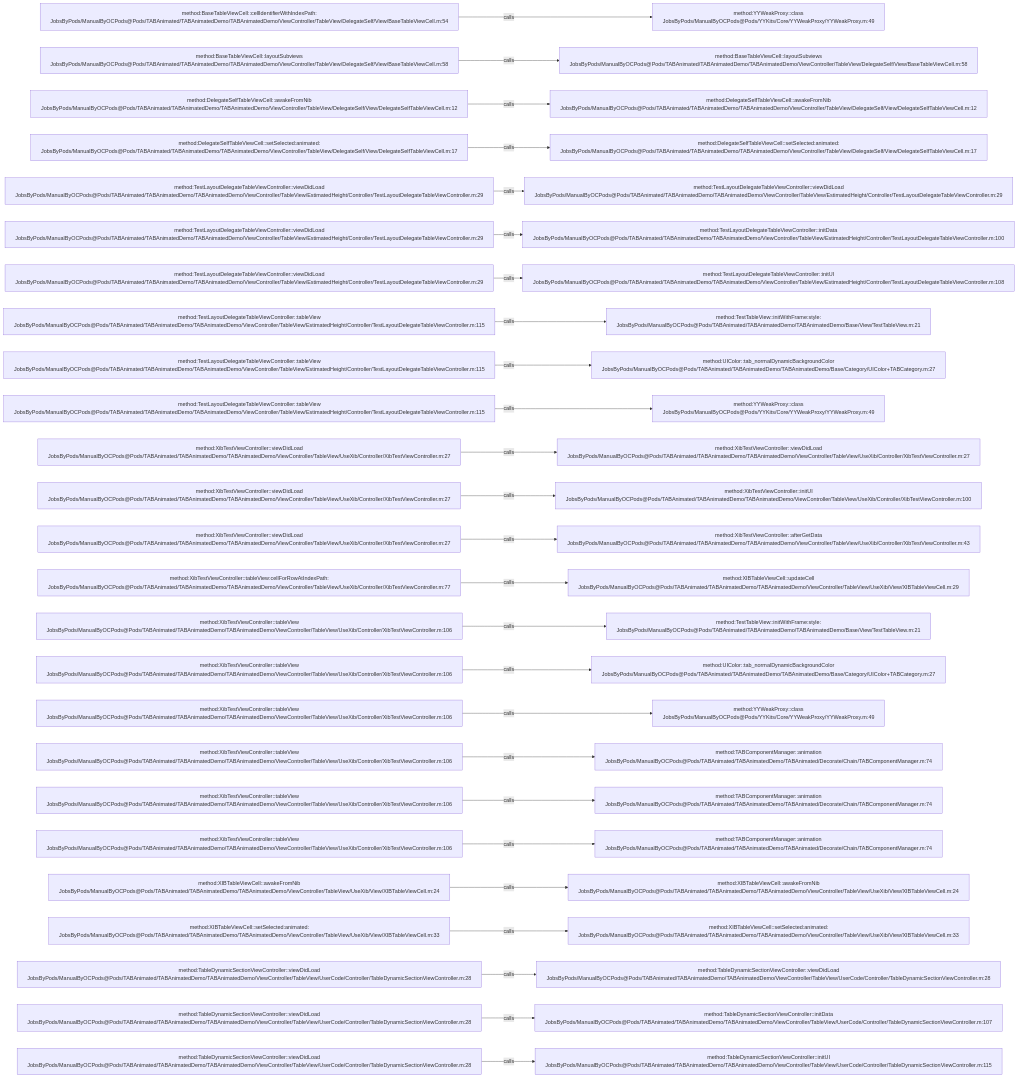
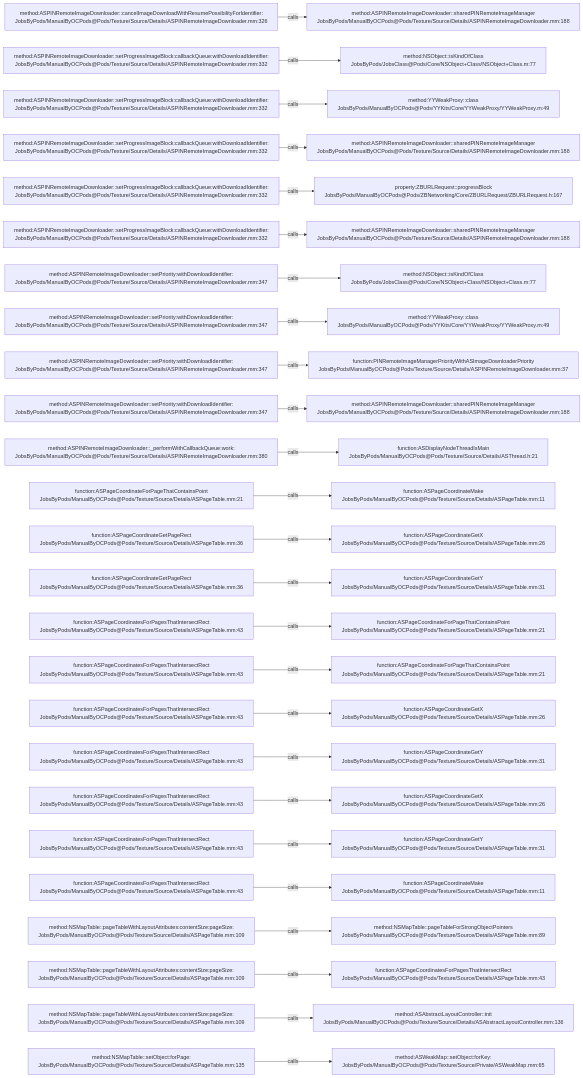
The diagram in .codegraph/codegraph.md/graphs/calls-170.md (JobsKits/JobsOCBaseConfigDemo), drawn with Mermaid before and after one commit. The commit also changed 2162 other files, not shown here.

````diff
--- a/.codegraph/codegraph.md/graphs/calls-170.md
+++ b/.codegraph/codegraph.md/graphs/calls-170.md
@@ -13,78 +13,78 @@
 ```mermaid
 flowchart LR
-  S1["method:BaseTableViewCell::cellIdentifierWithIndexPath:<br/>JobsByPods/ManualByOCPods@Pods/TABAnimated/TABAnimatedDemo/TABAnimatedDemo/ViewController/TableView/DelegateSelf/View/BaseTableViewCell.m:54"]
-  T1["method:YYWeakProxy::class<br/>JobsByPods/ManualByOCPods@Pods/YYKits/Core/YYWeakProxy/YYWeakProxy.m:49"]
+  S1["method:ASPINRemoteImageDownloader::cancelImageDownloadWithResumePossibilityForIdentifier:<br/>JobsByPods/ManualByOCPods@Pods/Texture/Source/Details/ASPINRemoteImageDownloader.mm:326"]
+  T1["method:ASPINRemoteImageDownloader::sharedPINRemoteImageManager<br/>JobsByPods/ManualByOCPods@Pods/Texture/Source/Details/ASPINRemoteImageDownloader.mm:188"]
   S1 -->|calls| T1
-  S2["method:BaseTableViewCell::layoutSubviews<br/>JobsByPods/ManualByOCPods@Pods/TABAnimated/TABAnimatedDemo/TABAnimatedDemo/ViewController/TableView/DelegateSelf/View/BaseTableViewCell.m:58"]
-  T2["method:BaseTableViewCell::layoutSubviews<br/>JobsByPods/ManualByOCPods@Pods/TABAnimated/TABAnimatedDemo/TABAnimatedDemo/ViewController/TableView/DelegateSelf/View/BaseTableViewCell.m:58"]
+  S2["method:ASPINRemoteImageDownloader::setProgressImageBlock:callbackQueue:withDownloadIdentifier:<br/>JobsByPods/ManualByOCPods@Pods/Texture/Source/Details/ASPINRemoteImageDownloader.mm:332"]
+  T2["method:NSObject::isKindOfClass<br/>JobsByPods/JobsClass@Pods/Core/NSObject+Class/NSObject+Class.m:77"]
   S2 -->|calls| T2
-  S3["method:DelegateSelfTableViewCell::awakeFromNib<br/>JobsByPods/ManualByOCPods@Pods/TABAnimated/TABAnimatedDemo/TABAnimatedDemo/ViewController/TableView/DelegateSelf/View/DelegateSelfTableViewCell.m:12"]
-  T3["method:DelegateSelfTableViewCell::awakeFromNib<br/>JobsByPods/ManualByOCPods@Pods/TABAnimated/TABAnimatedDemo/TABAnimatedDemo/ViewController/TableView/DelegateSelf/View/DelegateSelfTableViewCell.m:12"]
+  S3["method:ASPINRemoteImageDownloader::setProgressImageBlock:callbackQueue:withDownloadIdentifier:<br/>JobsByPods/ManualByOCPods@Pods/Texture/Source/Details/ASPINRemoteImageDownloader.mm:332"]
+  T3["method:YYWeakProxy::class<br/>JobsByPods/ManualByOCPods@Pods/YYKits/Core/YYWeakProxy/YYWeakProxy.m:49"]
   S3 -->|calls| T3
-  S4["method:DelegateSelfTableViewCell::setSelected:animated:<br/>JobsByPods/ManualByOCPods@Pods/TABAnimated/TABAnimatedDemo/TABAnimatedDemo/ViewController/TableView/DelegateSelf/View/DelegateSelfTableViewCell.m:17"]
-  T4["method:DelegateSelfTableViewCell::setSelected:animated:<br/>JobsByPods/ManualByOCPods@Pods/TABAnimated/TABAnimatedDemo/TABAnimatedDemo/ViewController/TableView/DelegateSelf/View/DelegateSelfTableViewCell.m:17"]
+  S4["method:ASPINRemoteImageDownloader::setProgressImageBlock:callbackQueue:withDownloadIdentifier:<br/>JobsByPods/ManualByOCPods@Pods/Texture/Source/Details/ASPINRemoteImageDownloader.mm:332"]
+  T4["method:ASPINRemoteImageDownloader::sharedPINRemoteImageManager<br/>JobsByPods/ManualByOCPods@Pods/Texture/Source/Details/ASPINRemoteImageDownloader.mm:188"]
   S4 -->|calls| T4
-  S5["method:TestLayoutDelegateTableViewController::viewDidLoad<br/>JobsByPods/ManualByOCPods@Pods/TABAnimated/TABAnimatedDemo/TABAnimatedDemo/ViewController/TableView/EstimatedHeight/Controller/TestLayoutDelegateTableViewController.m:29"]
-  T5["method:TestLayoutDelegateTableViewController::viewDidLoad<br/>JobsByPods/ManualByOCPods@Pods/TABAnimated/TABAnimatedDemo/TABAnimatedDemo/ViewController/TableView/EstimatedHeight/Controller/TestLayoutDelegateTableViewController.m:29"]
+  S5["method:ASPINRemoteImageDownloader::setProgressImageBlock:callbackQueue:withDownloadIdentifier:<br/>JobsByPods/ManualByOCPods@Pods/Texture/Source/Details/ASPINRemoteImageDownloader.mm:332"]
+  T5["property:ZBURLRequest::progressBlock<br/>JobsByPods/ManualByOCPods@Pods/ZBNetworking/Core/ZBURLRequest/ZBURLRequest.h:167"]
   S5 -->|calls| T5
-  S6["method:TestLayoutDelegateTableViewController::viewDidLoad<br/>JobsByPods/ManualByOCPods@Pods/TABAnimated/TABAnimatedDemo/TABAnimatedDemo/ViewController/TableView/EstimatedHeight/Controller/TestLayoutDelegateTableViewController.m:29"]
-  T6["method:TestLayoutDelegateTableViewController::initData<br/>JobsByPods/ManualByOCPods@Pods/TABAnimated/TABAnimatedDemo/TABAnimatedDemo/ViewController/TableView/EstimatedHeight/Controller/TestLayoutDelegateTableViewController.m:100"]
+  S6["method:ASPINRemoteImageDownloader::setProgressImageBlock:callbackQueue:withDownloadIdentifier:<br/>JobsByPods/ManualByOCPods@Pods/Texture/Source/Details/ASPINRemoteImageDownloader.mm:332"]
+  T6["method:ASPINRemoteImageDownloader::sharedPINRemoteImageManager<br/>JobsByPods/ManualByOCPods@Pods/Texture/Source/Details/ASPINRemoteImageDownloader.mm:188"]
   S6 -->|calls| T6
-  S7["method:TestLayoutDelegateTableViewController::viewDidLoad<br/>JobsByPods/ManualByOCPods@Pods/TABAnimated/TABAnimatedDemo/TABAnimatedDemo/ViewController/TableView/EstimatedHeight/Controller/TestLayoutDelegateTableViewController.m:29"]
-  T7["method:TestLayoutDelegateTableViewController::initUI<br/>JobsByPods/ManualByOCPods@Pods/TABAnimated/TABAnimatedDemo/TABAnimatedDemo/ViewController/TableView/EstimatedHeight/Controller/TestLayoutDelegateTableViewController.m:108"]
+  S7["method:ASPINRemoteImageDownloader::setPriority:withDownloadIdentifier:<br/>JobsByPods/ManualByOCPods@Pods/Texture/Source/Details/ASPINRemoteImageDownloader.mm:347"]
+  T7["method:NSObject::isKindOfClass<br/>JobsByPods/JobsClass@Pods/Core/NSObject+Class/NSObject+Class.m:77"]
   S7 -->|calls| T7
-  S8["method:TestLayoutDelegateTableViewController::tableView<br/>JobsByPods/ManualByOCPods@Pods/TABAnimated/TABAnimatedDemo/TABAnimatedDemo/ViewController/TableView/EstimatedHeight/Controller/TestLayoutDelegateTableViewController.m:115"]
-  T8["method:TestTableView::initWithFrame:style:<br/>JobsByPods/ManualByOCPods@Pods/TABAnimated/TABAnimatedDemo/TABAnimatedDemo/Base/View/TestTableView.m:21"]
+  S8["method:ASPINRemoteImageDownloader::setPriority:withDownloadIdentifier:<br/>JobsByPods/ManualByOCPods@Pods/Texture/Source/Details/ASPINRemoteImageDownloader.mm:347"]
+  T8["method:YYWeakProxy::class<br/>JobsByPods/ManualByOCPods@Pods/YYKits/Core/YYWeakProxy/YYWeakProxy.m:49"]
   S8 -->|calls| T8
-  S9["method:TestLayoutDelegateTableViewController::tableView<br/>JobsByPods/ManualByOCPods@Pods/TABAnimated/TABAnimatedDemo/TABAnimatedDemo/ViewController/TableView/EstimatedHeight/Controller/TestLayoutDelegateTableViewController.m:115"]
-  T9["method:UIColor::tab_normalDynamicBackgroundColor<br/>JobsByPods/ManualByOCPods@Pods/TABAnimated/TABAnimatedDemo/TABAnimatedDemo/Base/Category/UIColor+TABCategory.m:27"]
+  S9["method:ASPINRemoteImageDownloader::setPriority:withDownloadIdentifier:<br/>JobsByPods/ManualByOCPods@Pods/Texture/Source/Details/ASPINRemoteImageDownloader.mm:347"]
+  T9["function:PINRemoteImageManagerPriorityWithASImageDownloaderPriority<br/>JobsByPods/ManualByOCPods@Pods/Texture/Source/Details/ASPINRemoteImageDownloader.mm:37"]
   S9 -->|calls| T9
-  S10["method:TestLayoutDelegateTableViewController::tableView<br/>JobsByPods/ManualByOCPods@Pods/TABAnimated/TABAnimatedDemo/TABAnimatedDemo/ViewController/TableView/EstimatedHeight/Controller/TestLayoutDelegateTableViewController.m:115"]
-  T10["method:YYWeakProxy::class<br/>JobsByPods/ManualByOCPods@Pods/YYKits/Core/YYWeakProxy/YYWeakProxy.m:49"]
+  S10["method:ASPINRemoteImageDownloader::setPriority:withDownloadIdentifier:<br/>JobsByPods/ManualByOCPods@Pods/Texture/Source/Details/ASPINRemoteImageDownloader.mm:347"]
+  T10["method:ASPINRemoteImageDownloader::sharedPINRemoteImageManager<br/>JobsByPods/ManualByOCPods@Pods/Texture/Source/Details/ASPINRemoteImageDownloader.mm:188"]
   S10 -->|calls| T10
-  S11["method:XibTestViewController::viewDidLoad<br/>JobsByPods/ManualByOCPods@Pods/TABAnimated/TABAnimatedDemo/TABAnimatedDemo/ViewController/TableView/UseXib/Controller/XibTestViewController.m:27"]
-  T11["method:XibTestViewController::viewDidLoad<br/>JobsByPods/ManualByOCPods@Pods/TABAnimated/TABAnimatedDemo/TABAnimatedDemo/ViewController/TableView/UseXib/Controller/XibTestViewController.m:27"]
+  S11["method:ASPINRemoteImageDownloader::_performWithCallbackQueue:work:<br/>JobsByPods/ManualByOCPods@Pods/Texture/Source/Details/ASPINRemoteImageDownloader.mm:380"]
+  T11["function:ASDisplayNodeThreadIsMain<br/>JobsByPods/ManualByOCPods@Pods/Texture/Source/Details/ASThread.h:21"]
   S11 -->|calls| T11
-  S12["method:XibTestViewController::viewDidLoad<br/>JobsByPods/ManualByOCPods@Pods/TABAnimated/TABAnimatedDemo/TABAnimatedDemo/ViewController/TableView/UseXib/Controller/XibTestViewController.m:27"]
-  T12["method:XibTestViewController::initUI<br/>JobsByPods/ManualByOCPods@Pods/TABAnimated/TABAnimatedDemo/TABAnimatedDemo/ViewController/TableView/UseXib/Controller/XibTestViewController.m:100"]
+  S12["function:ASPageCoordinateForPageThatContainsPoint<br/>JobsByPods/ManualByOCPods@Pods/Texture/Source/Details/ASPageTable.mm:21"]
+  T12["function:ASPageCoordinateMake<br/>JobsByPods/ManualByOCPods@Pods/Texture/Source/Details/ASPageTable.mm:11"]
   S12 -->|calls| T12
-  S13["method:XibTestViewController::viewDidLoad<br/>JobsByPods/ManualByOCPods@Pods/TABAnimated/TABAnimatedDemo/TABAnimatedDemo/ViewController/TableView/UseXib/Controller/XibTestViewController.m:27"]
-  T13["method:XibTestViewController::afterGetData<br/>JobsByPods/ManualByOCPods@Pods/TABAnimated/TABAnimatedDemo/TABAnimatedDemo/ViewController/TableView/UseXib/Controller/XibTestViewController.m:43"]
+  S13["function:ASPageCoordinateGetPageRect<br/>JobsByPods/ManualByOCPods@Pods/Texture/Source/Details/ASPageTable.mm:36"]
+  T13["function:ASPageCoordinateGetX<br/>JobsByPods/ManualByOCPods@Pods/Texture/Source/Details/ASPageTable.mm:26"]
   S13 -->|calls| T13
-  S14["method:XibTestViewController::tableView:cellForRowAtIndexPath:<br/>JobsByPods/ManualByOCPods@Pods/TABAnimated/TABAnimatedDemo/TABAnimatedDemo/ViewController/TableView/UseXib/Controller/XibTestViewController.m:77"]
-  T14["method:XIBTableViewCell::updateCell<br/>JobsByPods/ManualByOCPods@Pods/TABAnimated/TABAnimatedDemo/TABAnimatedDemo/ViewController/TableView/UseXib/View/XIBTableViewCell.m:29"]
+  S14["function:ASPageCoordinateGetPageRect<br/>JobsByPods/ManualByOCPods@Pods/Texture/Source/Details/ASPageTable.mm:36"]
+  T14["function:ASPageCoordinateGetY<br/>JobsByPods/ManualByOCPods@Pods/Texture/Source/Details/ASPageTable.mm:31"]
   S14 -->|calls| T14
-  S15["method:XibTestViewController::tableView<br/>JobsByPods/ManualByOCPods@Pods/TABAnimated/TABAnimatedDemo/TABAnimatedDemo/ViewController/TableView/UseXib/Controller/XibTestViewController.m:106"]
-  T15["method:TestTableView::initWithFrame:style:<br/>JobsByPods/ManualByOCPods@Pods/TABAnimated/TABAnimatedDemo/TABAnimatedDemo/Base/View/TestTableView.m:21"]
+  S15["function:ASPageCoordinatesForPagesThatIntersectRect<br/>JobsByPods/ManualByOCPods@Pods/Texture/Source/Details/ASPageTable.mm:43"]
+  T15["function:ASPageCoordinateForPageThatContainsPoint<br/>JobsByPods/ManualByOCPods@Pods/Texture/Source/Details/ASPageTable.mm:21"]
   S15 -->|calls| T15
-  S16["method:XibTestViewController::tableView<br/>JobsByPods/ManualByOCPods@Pods/TABAnimated/TABAnimatedDemo/TABAnimatedDemo/ViewController/TableView/UseXib/Controller/XibTestViewController.m:106"]
-  T16["method:UIColor::tab_normalDynamicBackgroundColor<br/>JobsByPods/ManualByOCPods@Pods/TABAnimated/TABAnimatedDemo/TABAnimatedDemo/Base/Category/UIColor+TABCategory.m:27"]
+  S16["function:ASPageCoordinatesForPagesThatIntersectRect<br/>JobsByPods/ManualByOCPods@Pods/Texture/Source/Details/ASPageTable.mm:43"]
+  T16["function:ASPageCoordinateForPageThatContainsPoint<br/>JobsByPods/ManualByOCPods@Pods/Texture/Source/Details/ASPageTable.mm:21"]
   S16 -->|calls| T16
-  S17["method:XibTestViewController::tableView<br/>JobsByPods/ManualByOCPods@Pods/TABAnimated/TABAnimatedDemo/TABAnimatedDemo/ViewController/TableView/UseXib/Controller/XibTestViewController.m:106"]
-  T17["method:YYWeakProxy::class<br/>JobsByPods/ManualByOCPods@Pods/YYKits/Core/YYWeakProxy/YYWeakProxy.m:49"]
+  S17["function:ASPageCoordinatesForPagesThatIntersectRect<br/>JobsByPods/ManualByOCPods@Pods/Texture/Source/Details/ASPageTable.mm:43"]
+  T17["function:ASPageCoordinateGetX<br/>JobsByPods/ManualByOCPods@Pods/Texture/Source/Details/ASPageTable.mm:26"]
   S17 -->|calls| T17
-  S18["method:XibTestViewController::tableView<br/>JobsByPods/ManualByOCPods@Pods/TABAnimated/TABAnimatedDemo/TABAnimatedDemo/ViewController/TableView/UseXib/Controller/XibTestViewController.m:106"]
-  T18["method:TABComponentManager::animation<br/>JobsByPods/ManualByOCPods@Pods/TABAnimated/TABAnimatedDemo/TABAnimated/Decorate/Chain/TABComponentManager.m:74"]
+  S18["function:ASPageCoordinatesForPagesThatIntersectRect<br/>JobsByPods/ManualByOCPods@Pods/Texture/Source/Details/ASPageTable.mm:43"]
+  T18["function:ASPageCoordinateGetY<br/>JobsByPods/ManualByOCPods@Pods/Texture/Source/Details/ASPageTable.mm:31"]
   S18 -->|calls| T18
-  S19["method:XibTestViewController::tableView<br/>JobsByPods/ManualByOCPods@Pods/TABAnimated/TABAnimatedDemo/TABAnimatedDemo/ViewController/TableView/UseXib/Controller/XibTestViewController.m:106"]
-  T19["method:TABComponentManager::animation<br/>JobsByPods/ManualByOCPods@Pods/TABAnimated/TABAnimatedDemo/TABAnimated/Decorate/Chain/TABComponentManager.m:74"]
+  S19["function:ASPageCoordinatesForPagesThatIntersectRect<br/>JobsByPods/ManualByOCPods@Pods/Texture/Source/Details/ASPageTable.mm:43"]
+  T19["function:ASPageCoordinateGetX<br/>JobsByPods/ManualByOCPods@Pods/Texture/Source/Details/ASPageTable.mm:26"]
   S19 -->|calls| T19
-  S20["method:XibTestViewController::tableView<br/>JobsByPods/ManualByOCPods@Pods/TABAnimated/TABAnimatedDemo/TABAnimatedDemo/ViewController/TableView/UseXib/Controller/XibTestViewController.m:106"]
-  T20["method:TABComponentManager::animation<br/>JobsByPods/ManualByOCPods@Pods/TABAnimated/TABAnimatedDemo/TABAnimated/Decorate/Chain/TABComponentManager.m:74"]
+  S20["function:ASPageCoordinatesForPagesThatIntersectRect<br/>JobsByPods/ManualByOCPods@Pods/Texture/Source/Details/ASPageTable.mm:43"]
+  T20["function:ASPageCoordinateGetY<br/>JobsByPods/ManualByOCPods@Pods/Texture/Source/Details/ASPageTable.mm:31"]
   S20 -->|calls| T20
-  S21["method:XIBTableViewCell::awakeFromNib<br/>JobsByPods/ManualByOCPods@Pods/TABAnimated/TABAnimatedDemo/TABAnimatedDemo/ViewController/TableView/UseXib/View/XIBTableViewCell.m:24"]
-  T21["method:XIBTableViewCell::awakeFromNib<br/>JobsByPods/ManualByOCPods@Pods/TABAnimated/TABAnimatedDemo/TABAnimatedDemo/ViewController/TableView/UseXib/View/XIBTableViewCell.m:24"]
+  S21["function:ASPageCoordinatesForPagesThatIntersectRect<br/>JobsByPods/ManualByOCPods@Pods/Texture/Source/Details/ASPageTable.mm:43"]
+  T21["function:ASPageCoordinateMake<br/>JobsByPods/ManualByOCPods@Pods/Texture/Source/Details/ASPageTable.mm:11"]
   S21 -->|calls| T21
-  S22["method:XIBTableViewCell::setSelected:animated:<br/>JobsByPods/ManualByOCPods@Pods/TABAnimated/TABAnimatedDemo/TABAnimatedDemo/ViewController/TableView/UseXib/View/XIBTableViewCell.m:33"]
-  T22["method:XIBTableViewCell::setSelected:animated:<br/>JobsByPods/ManualByOCPods@Pods/TABAnimated/TABAnimatedDemo/TABAnimatedDemo/ViewController/TableView/UseXib/View/XIBTableViewCell.m:33"]
+  S22["method:NSMapTable::pageTableWithLayoutAttributes:contentSize:pageSize:<br/>JobsByPods/ManualByOCPods@Pods/Texture/Source/Details/ASPageTable.mm:109"]
+  T22["method:NSMapTable::pageTableForStrongObjectPointers<br/>JobsByPods/ManualByOCPods@Pods/Texture/Source/Details/ASPageTable.mm:89"]
   S22 -->|calls| T22
-  S23["method:TableDynamicSectionViewController::viewDidLoad<br/>JobsByPods/ManualByOCPods@Pods/TABAnimated/TABAnimatedDemo/TABAnimatedDemo/ViewController/TableView/UserCode/Controller/TableDynamicSectionViewController.m:28"]
-  T23["method:TableDynamicSectionViewController::viewDidLoad<br/>JobsByPods/ManualByOCPods@Pods/TABAnimated/TABAnimatedDemo/TABAnimatedDemo/ViewController/TableView/UserCode/Controller/TableDynamicSectionViewController.m:28"]
+  S23["method:NSMapTable::pageTableWithLayoutAttributes:contentSize:pageSize:<br/>JobsByPods/ManualByOCPods@Pods/Texture/Source/Details/ASPageTable.mm:109"]
+  T23["function:ASPageCoordinatesForPagesThatIntersectRect<br/>JobsByPods/ManualByOCPods@Pods/Texture/Source/Details/ASPageTable.mm:43"]
   S23 -->|calls| T23
-  S24["method:TableDynamicSectionViewController::viewDidLoad<br/>JobsByPods/ManualByOCPods@Pods/TABAnimated/TABAnimatedDemo/TABAnimatedDemo/ViewController/TableView/UserCode/Controller/TableDynamicSectionViewController.m:28"]
-  T24["method:TableDynamicSectionViewController::initData<br/>JobsByPods/ManualByOCPods@Pods/TABAnimated/TABAnimatedDemo/TABAnimatedDemo/ViewController/TableView/UserCode/Controller/TableDynamicSectionViewController.m:107"]
+  S24["method:NSMapTable::pageTableWithLayoutAttributes:contentSize:pageSize:<br/>JobsByPods/ManualByOCPods@Pods/Texture/Source/Details/ASPageTable.mm:109"]
+  T24["method:ASAbstractLayoutController::init<br/>JobsByPods/ManualByOCPods@Pods/Texture/Source/Details/ASAbstractLayoutController.mm:136"]
   S24 -->|calls| T24
-  S25["method:TableDynamicSectionViewController::viewDidLoad<br/>JobsByPods/ManualByOCPods@Pods/TABAnimated/TABAnimatedDemo/TABAnimatedDemo/ViewController/TableView/UserCode/Controller/TableDynamicSectionViewController.m:28"]
-  T25["method:TableDynamicSectionViewController::initUI<br/>JobsByPods/ManualByOCPods@Pods/TABAnimated/TABAnimatedDemo/TABAnimatedDemo/ViewController/TableView/UserCode/Controller/TableDynamicSectionViewController.m:115"]
+  S25["method:NSMapTable::setObject:forPage:<br/>JobsByPods/ManualByOCPods@Pods/Texture/Source/Details/ASPageTable.mm:135"]
+  T25["method:ASWeakMap::setObject:forKey:<br/>JobsByPods/ManualByOCPods@Pods/Texture/Source/Private/ASWeakMap.mm:65"]
   S25 -->|calls| T25
 ```
````
